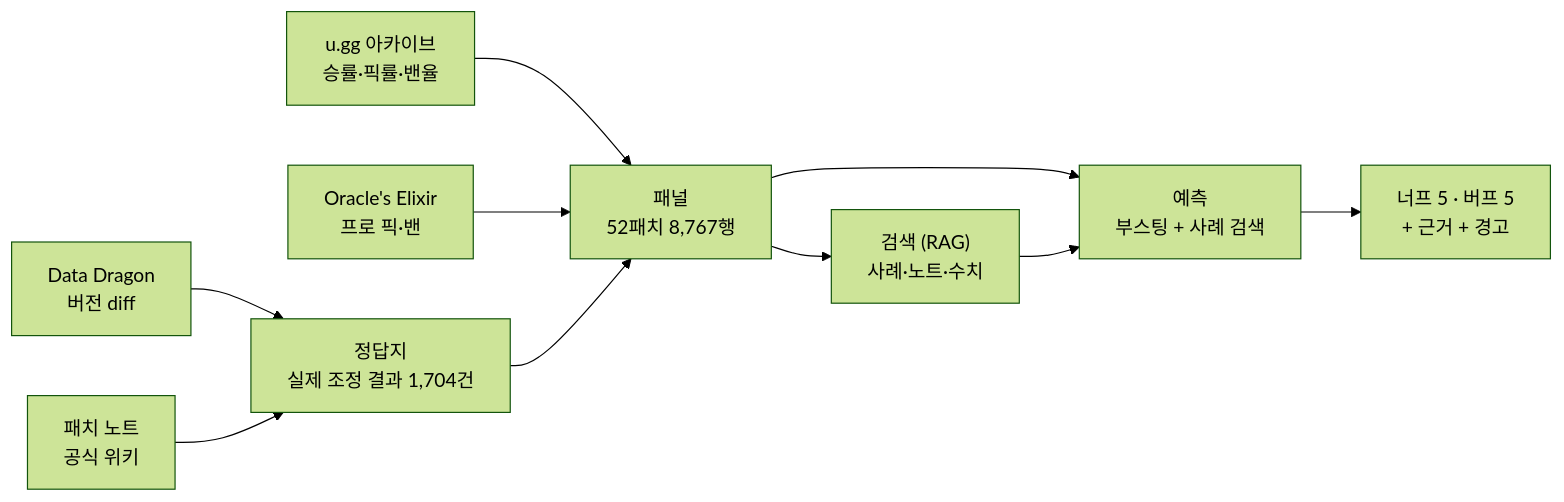
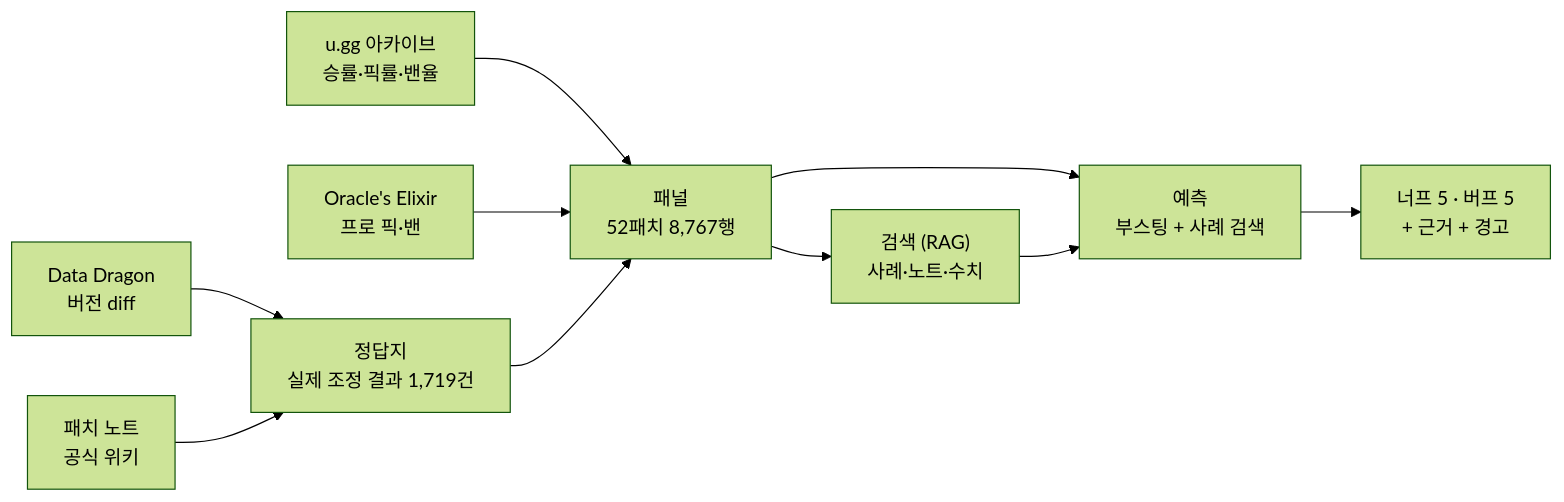
One commit to SangMyeong5426/LOL_BALANCE_PROJECT changed the diagram in README.md. Above: the diagram before and after it, drawn with Mermaid (forest theme). The commit also changed other lines of this file and 5 other files, not shown here.

````diff
--- a/README.md
+++ b/README.md
@@ -30,12 +30,12 @@
 ```mermaid
 flowchart LR
   U["u.gg 아카이브<br/>승률·픽률·밴율"] --> P
   O["Oracle's Elixir<br/>프로 픽·밴"] --> P["패널<br/>52패치 8,767행"]
-  D["Data Dragon<br/>버전 diff"] --> L["정답지<br/>실제 조정 결과 1,704건"]
+  D["Data Dragon<br/>버전 diff"] --> L["정답지<br/>실제 조정 결과 1,719건"]
   N["패치 노트<br/>공식 위키"] --> L
   L --> P
   P --> R["검색 (RAG)<br/>사례·노트·수치"]
   P --> M["예측<br/>부스팅 + 사례 검색"]
   R --> M
   M --> W["너프 5 · 버프 5<br/>+ 근거 + 경고"]
 ```
````
